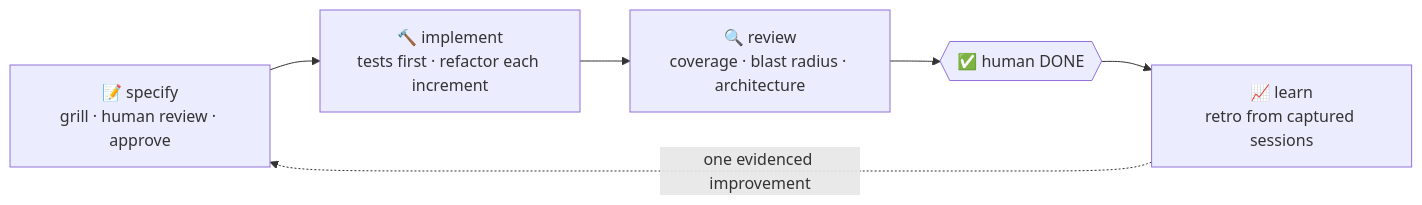
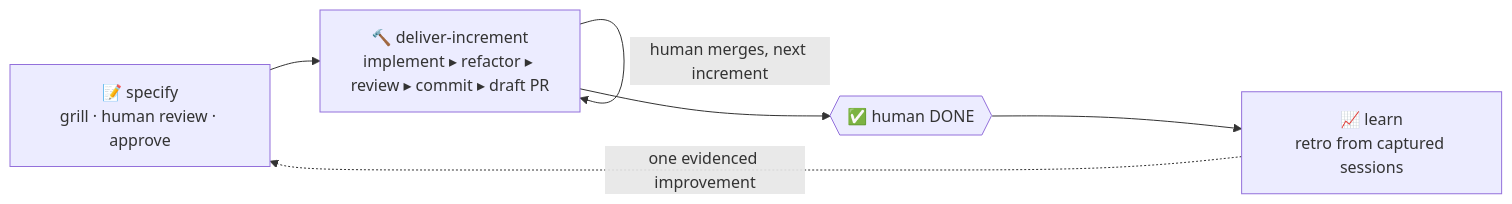
The diagram in README.md (Amirault/DevGate), drawn with Mermaid before and after one commit. The commit also changed other lines of this file and 35 other files, not shown here.

````diff
--- a/README.md
+++ b/README.md
@@ -43,8 +44,8 @@
 ```mermaid
 flowchart LR
-    S["📝 specify<br/>grill · human review · approve"] --> I["🔨 implement<br/>tests first · refactor each increment"]
-    I --> R["🔍 review<br/>coverage · blast radius · architecture"]
-    R --> D{{"✅ human DONE"}}
+    S["📝 specify<br/>grill · human review · approve"] --> I["🔨 deliver-increment<br/>implement ▸ refactor ▸ review ▸ commit ▸ draft PR"]
+    I -- "human merges, next increment" --> I
+    I --> D{{"✅ human DONE"}}
     D --> L["📈 learn<br/>retro from captured sessions"]
     L -. "one evidenced improvement" .-> S
 ```
````
